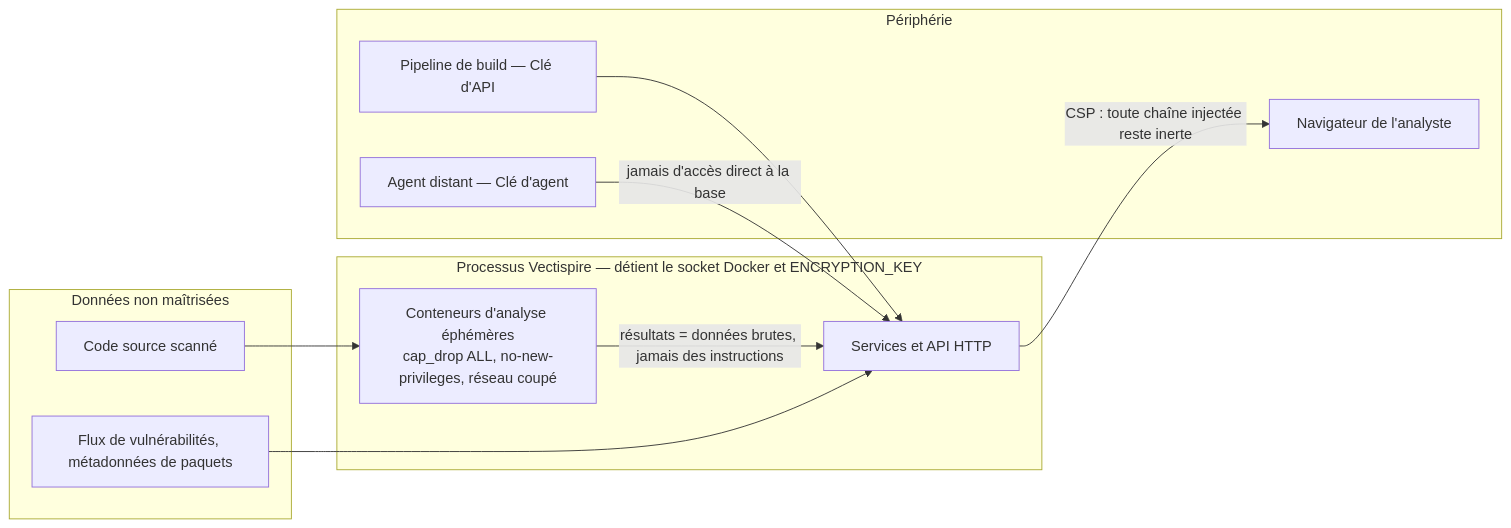
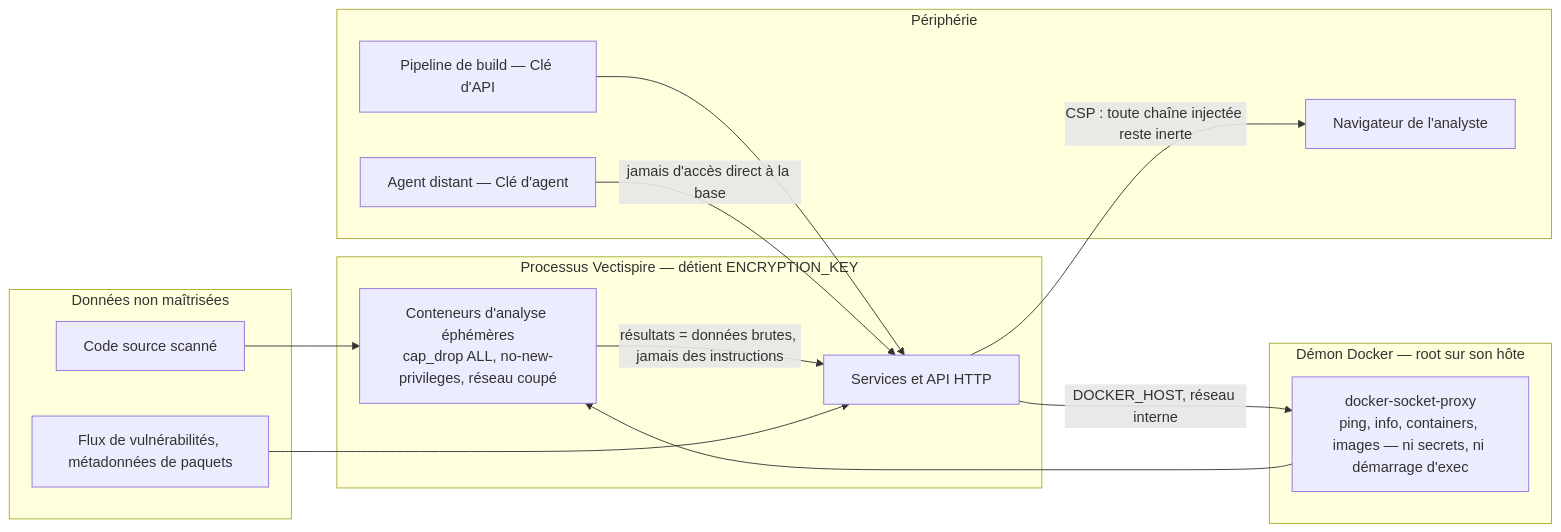
Before and after one commit to asmolabs/vectispire: the diagram in docs/architecture/fr/03-security.md, drawn with Mermaid. The commit also changed other lines of this file and 113 other files, not shown here.

````diff
--- a/docs/architecture/fr/03-security.md
+++ b/docs/architecture/fr/03-security.md
@@ -26,23 +26,28 @@
 ```mermaid
 flowchart LR
     subgraph hostile["Données non maîtrisées"]
         CODE["Code source scanné"]
         FEED["Flux de vulnérabilités, métadonnées de paquets"]
     end
-    subgraph proc["Processus Vectispire — détient le socket Docker et ENCRYPTION_KEY"]
+    subgraph proc["Processus Vectispire — détient ENCRYPTION_KEY"]
         SCAN["Conteneurs d'analyse éphémères<br/>cap_drop ALL, no-new-privileges, réseau coupé"]
         APP["Services et API HTTP"]
+    end
+    subgraph daemon["Démon Docker — root sur son hôte"]
+        PROXY["docker-socket-proxy<br/>ping, info, containers, images — ni secrets, ni démarrage d'exec"]
     end
     subgraph edge["Périphérie"]
         USER["Navigateur de l'analyste"]
         CI["Pipeline de build — Clé d'API"]
         AGENT["Agent distant — Clé d'agent"]
     end
 
     CODE --> SCAN
     SCAN -->|"résultats = données brutes, jamais des instructions"| APP
+    APP -->|"DOCKER_HOST, réseau interne"| PROXY
+    PROXY --> SCAN
     FEED --> APP
     APP -->|"CSP : toute chaîne injectée reste inerte"| USER
     CI --> APP
     AGENT -->|"jamais d'accès direct à la base"| APP
 ```
````
